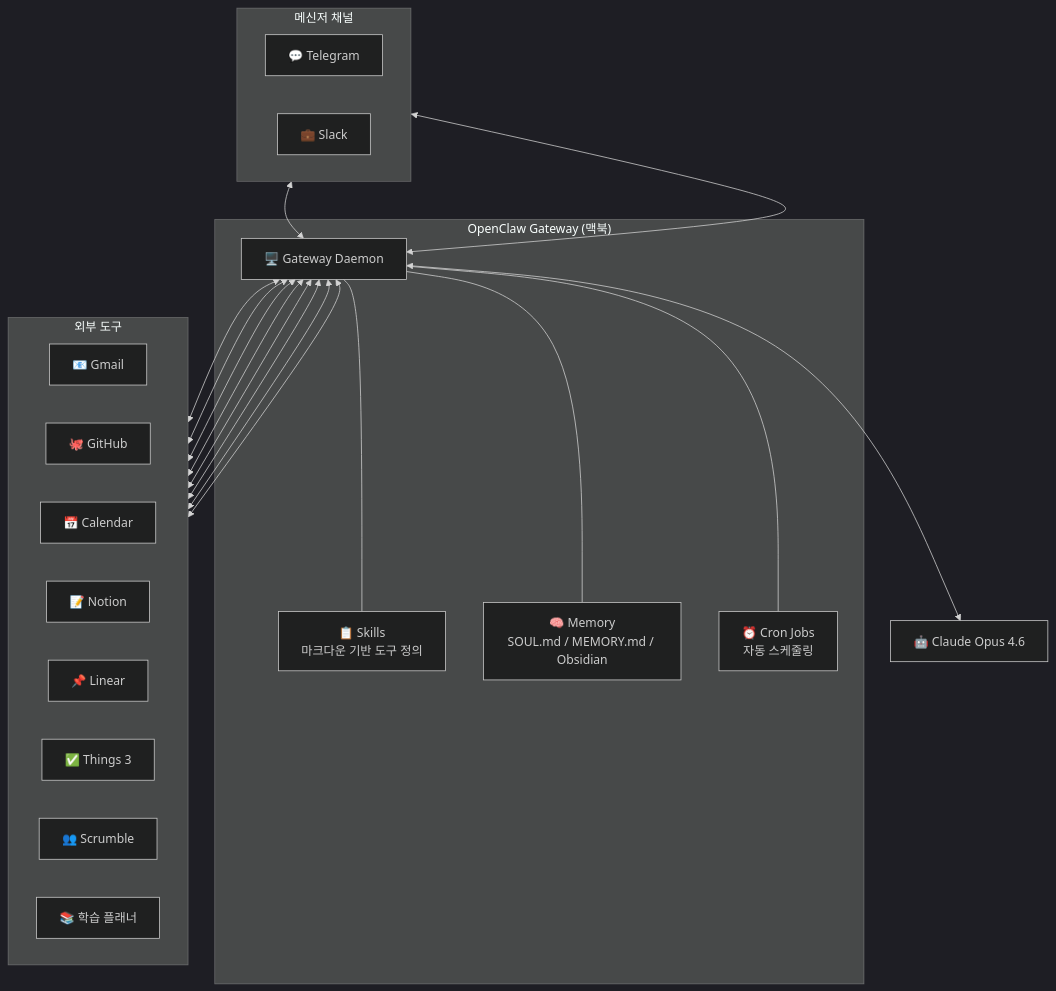
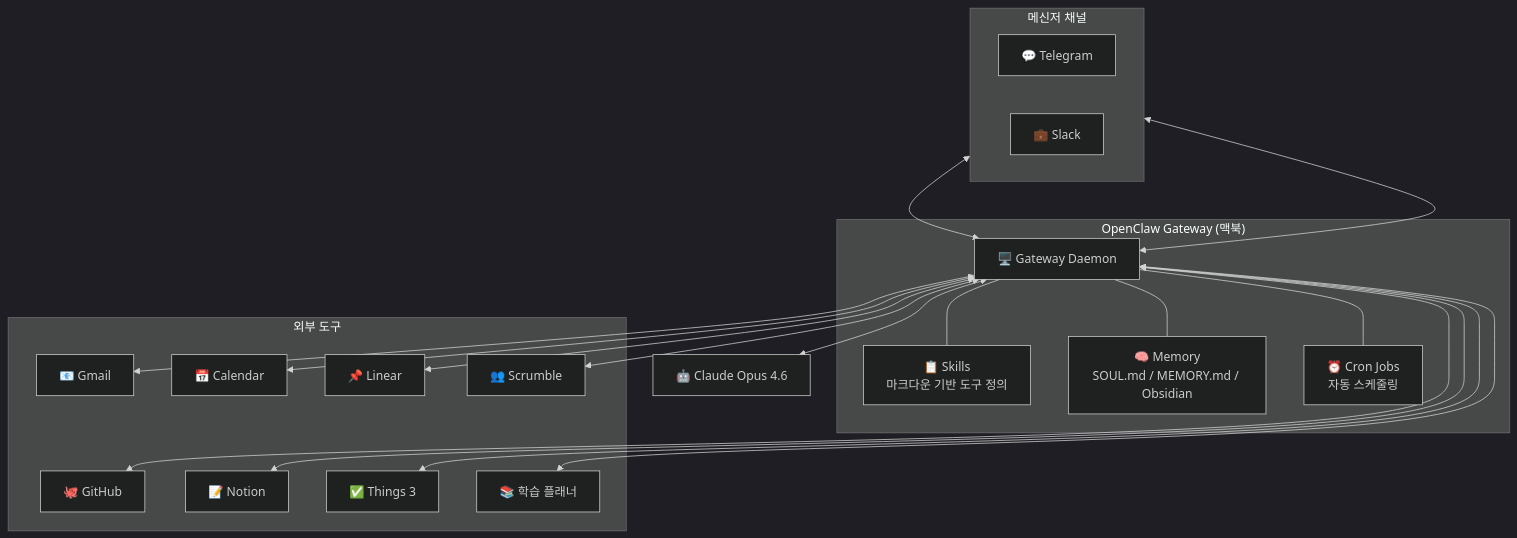
One commit to flowkater/flowkater.io changed the first of 5 diagrams in src/data/blog/2026-02-15-ai-jarvis-openclaw.md. Above: the diagram before and after it, drawn with Mermaid (dark theme). The commit also changed other lines of this file, not shown here.

Commit message:
style: improve mermaid diagram layout and alignment
- Gateway diagram: change external tools to 2-column grid using invisible links
- Check-in flow diagram: add center alignment wrapper
- Notion-PR flow diagram: add center alignment wrapper

Files changed:
- src/data/blog/2026-02-15-ai-jarvis-openclaw.md

````diff
--- a/src/data/blog/2026-02-15-ai-jarvis-openclaw.md
+++ b/src/data/blog/2026-02-15-ai-jarvis-openclaw.md
@@ -65,41 +65,36 @@
 ```mermaid
 graph TD
     subgraph channel["메신저 채널"]
         direction LR
         TG["💬 Telegram"]
         SL["💼 Slack"]
     end
 
     TG <--> GW
     SL <--> GW
 
     subgraph gateway["OpenClaw Gateway (맥북)"]
         GW["🖥️ Gateway Daemon"]
         GW --- SK["📋 Skills<br/>마크다운 기반 도구 정의"]
         GW --- MEM["🧠 Memory<br/>SOUL.md / MEMORY.md / Obsidian"]
         GW --- CRON["⏰ Cron Jobs<br/>자동 스케줄링"]
     end
 
     GW <--> CL["🤖 Claude Opus 4.6"]
 
     subgraph tools["외부 도구"]
-        direction LR
-        GM["📧 Gmail"]
-        GH["🐙 GitHub"]
-        GC["📅 Calendar"]
-        NT["📝 Notion"]
-        LN["📌 Linear"]
-        TH["✅ Things 3"]
-        SC["👥 Scrumble"]
-        LP["📚 학습 플래너"]
+        GM["📧 Gmail"] ~~~ GH["🐙 GitHub"]
+        GC["📅 Calendar"] ~~~ NT["📝 Notion"]
+        LN["📌 Linear"] ~~~ TH["✅ Things 3"]
+        SC["👥 Scrumble"] ~~~ LP["📚 학습 플래너"]
     end
 
     GW <--> GM
     GW <--> GH
     GW <--> GC
     GW <--> NT
     GW <--> LN
     GW <--> TH
     GW <--> SC
     GW <--> LP
 ```
````
